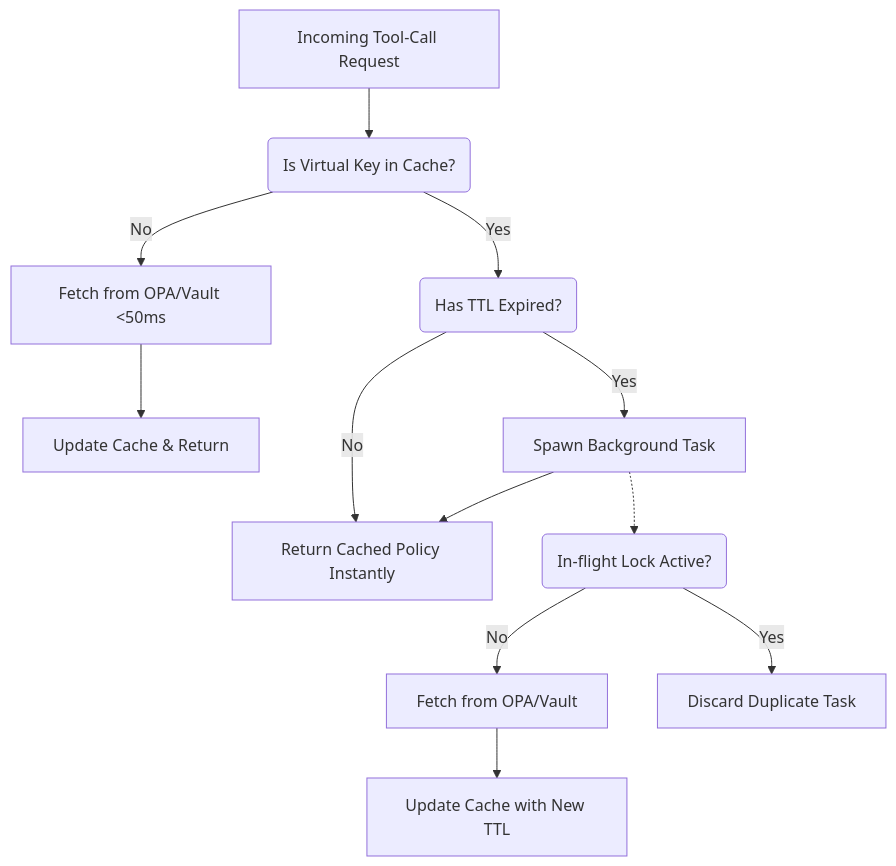
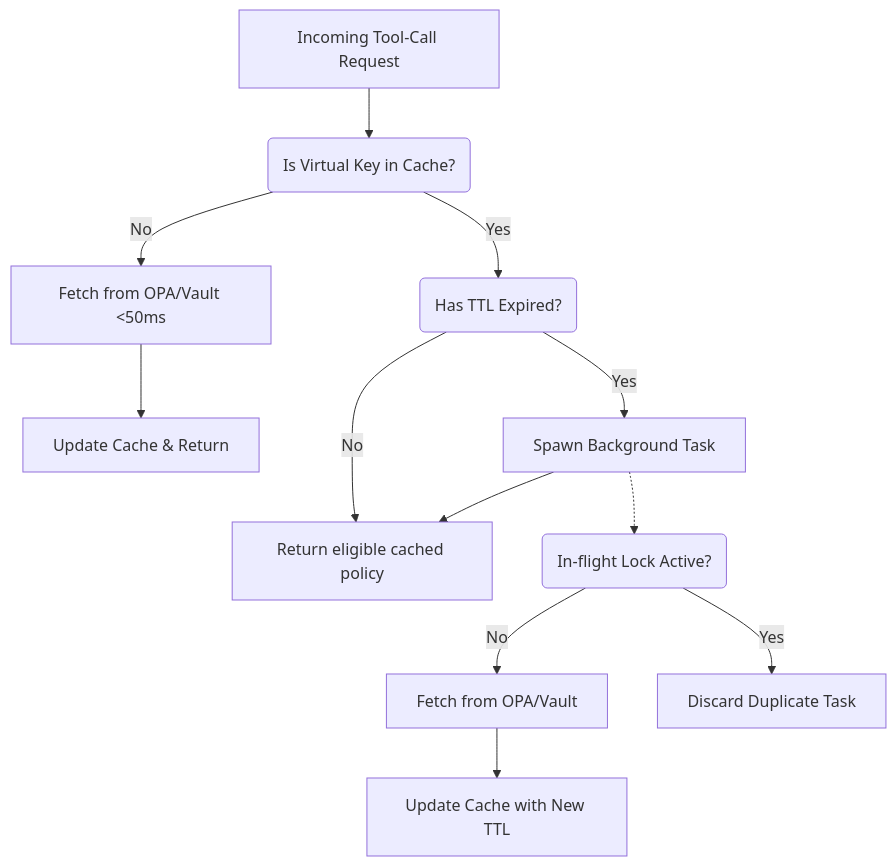
Before and after one commit to ninadphalak/LLM-Shield-Proxy: the diagram in website/docs/features/ultra-low-latency-streaming-traffic-engineering/opa-vault-rbac-resolvers.md, drawn with Mermaid. The commit also changed other lines of this file and 86 other files, not shown here.

````diff
--- a/website/docs/features/ultra-low-latency-streaming-traffic-engineering/opa-vault-rbac-resolvers.md
+++ b/website/docs/features/ultra-low-latency-streaming-traffic-engineering/opa-vault-rbac-resolvers.md
@@ -17,14 +17,14 @@
 ```mermaid
 flowchart TD
     A[Incoming Tool-Call Request] --> B(Is Virtual Key in Cache?)
     B -->|No| C[Fetch from OPA/Vault &lt;50ms]
     C --> D[Update Cache & Return]
     B -->|Yes| E(Has TTL Expired?)
-    E -->|No| F[Return Cached Policy Instantly]
+    E -->|No| F[Return eligible cached policy]
     E -->|Yes| G[Spawn Background Task]
     G --> F
     G -.-> H(In-flight Lock Active?)
     H -->|No| I[Fetch from OPA/Vault]
     I --> J[Update Cache with New TTL]
     H -->|Yes| K[Discard Duplicate Task]
 ```
````
